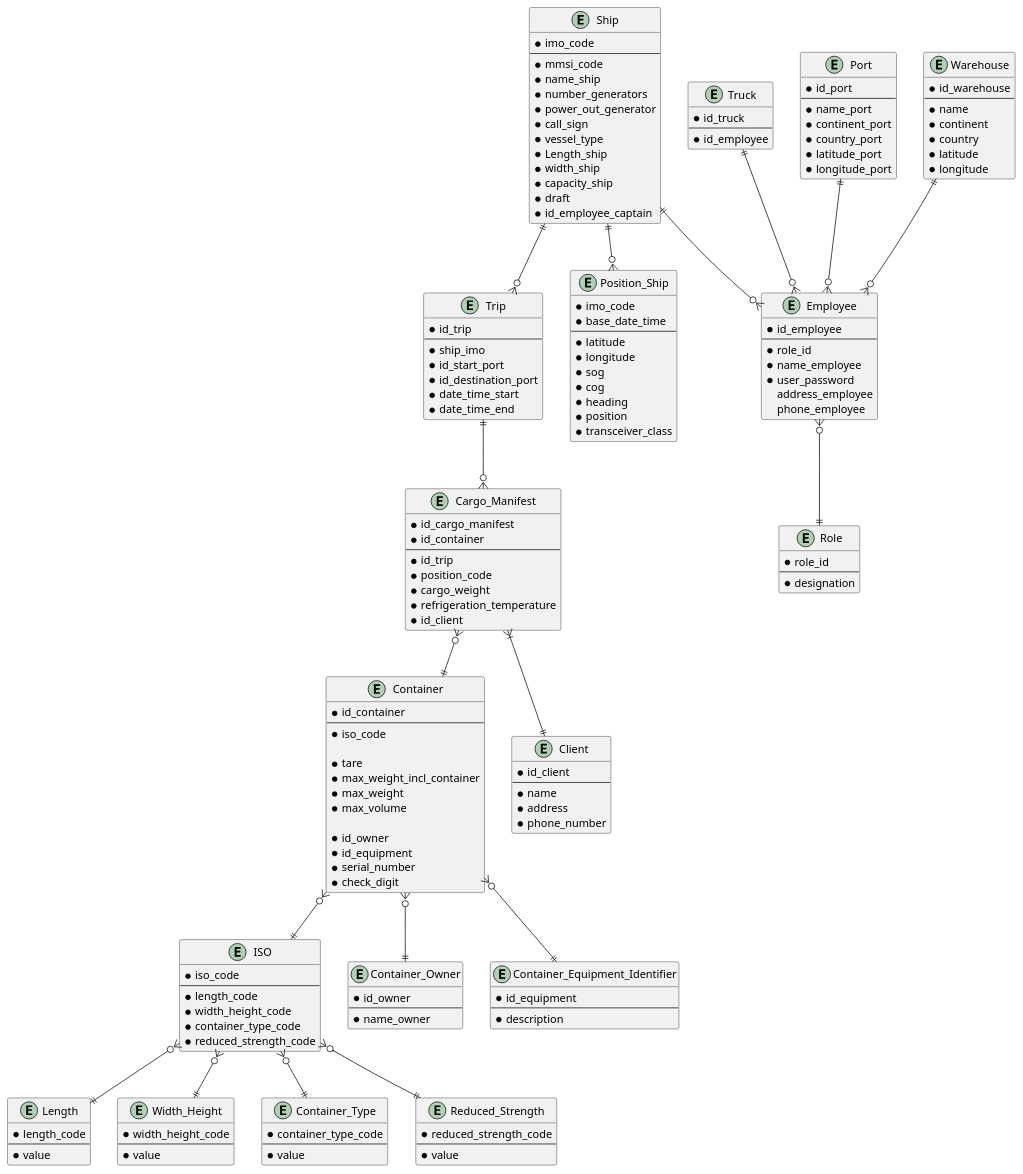
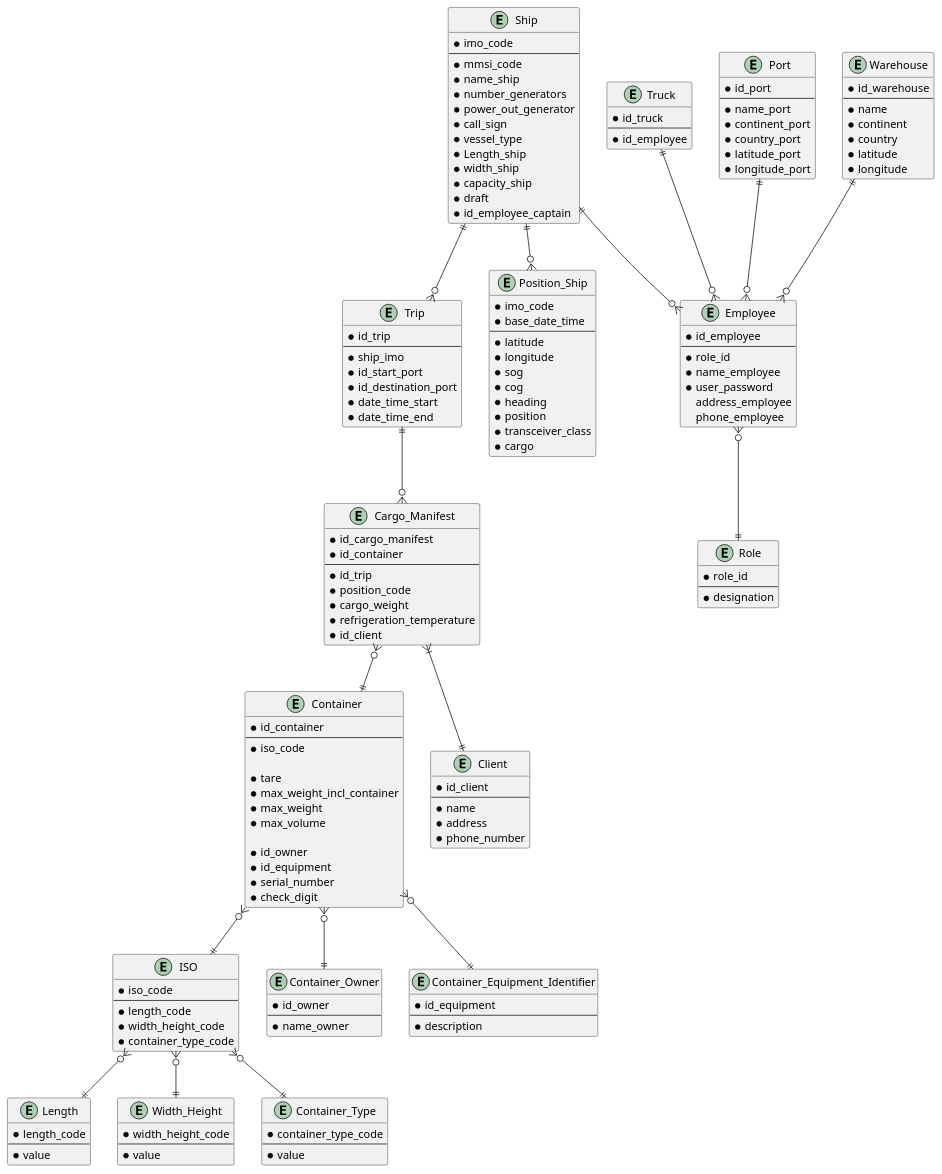
One commit to 1190772/LAB-Project-3 changed the diagram in docs/Sprint 2/US/US108/logical_model.puml. Above: the diagram before and after it, drawn with PlantUML. The commit also changed 6 other files, not shown here.

```diff
--- a/docs/Sprint 2/US/US108/logical_model.puml
+++ b/docs/Sprint 2/US/US108/logical_model.puml
@@ -1,184 +1,177 @@
 @startuml
 
 entity Trip {
 * id_trip
 --
 * ship_imo
 * id_start_port
 * id_destination_port
 * date_time_start
 * date_time_end
 }
 
 entity Container {
 * id_container
 --
 * iso_code
 
 * tare
 * max_weight_incl_container
 * max_weight
 * max_volume
 
 * id_owner
 * id_equipment
 * serial_number
 * check_digit
 }
 
 entity ISO {
 * iso_code
 --
 * length_code
 * width_height_code
 * container_type_code
-* reduced_strength_code
 }
 
 entity Length {
 * length_code
 --
 * value
 }
 
 entity Width_Height {
 * width_height_code
 --
 * value
 }
 
 entity Container_Type {
 * container_type_code
---
-* value
-}
-
-entity Reduced_Strength {
-* reduced_strength_code
 --
 * value
 }
 
 entity Cargo_Manifest {
 * id_cargo_manifest
 * id_container
 --
 * id_trip
 * position_code
 * cargo_weight
 * refrigeration_temperature
 * id_client
 }
 
 entity Truck {
 * id_truck
 --
 * id_employee
 }
 
 entity Ship {
 * imo_code
 --
 * mmsi_code
 * name_ship
 * number_generators
 * power_out_generator
 * call_sign
 * vessel_type
 * Length_ship
 * width_ship
 * capacity_ship
 * draft
 * id_employee_captain
 }
 
 entity Port {
 * id_port
 --
 * name_port
 * continent_port
 * country_port
 * latitude_port
 * longitude_port
 }
 
 entity Warehouse {
 * id_warehouse
 --
 * name
 * continent
 * country
 * latitude
 * longitude
 }
 
 entity Employee{
 * id_employee
 --
 * role_id
 * name_employee
 * user_password
  address_employee
  phone_employee
 }
 
 entity Position_Ship {
 * imo_code
 * base_date_time
 --
 * latitude
 * longitude
 * sog
 * cog
 * heading
 * position
 * transceiver_class
+* cargo
 }
 
 entity Role {
 * role_id
 --
 * designation
 }
 
 entity Client {
 * id_client
 --
 * name
 * address
 * phone_number
 }
 
 entity Container_Owner {
 * id_owner
 --
 * name_owner
 }
 
 entity Container_Equipment_Identifier {
 * id_equipment
 --
 * description
 }
 
 ISO }o--|| Length
 ISO }o--|| Width_Height
 ISO }o--|| Container_Type
-ISO }o--|| Reduced_Strength
 
 Container }o--|| Container_Owner
 Container }o--|| Container_Equipment_Identifier
 Container }o--|| ISO
 Trip ||--o{ Cargo_Manifest
 Cargo_Manifest }o--|| Container
 Cargo_Manifest }|--|| Client
 Ship ||--o{ Position_Ship
 
 Truck ||--o{ Employee
 Ship ||--o{ Trip
 Ship ||--o{ Employee
 Warehouse ||--o{ Employee
 Port ||--o{ Employee
 Employee }o--|| Role
 
 @enduml
```
